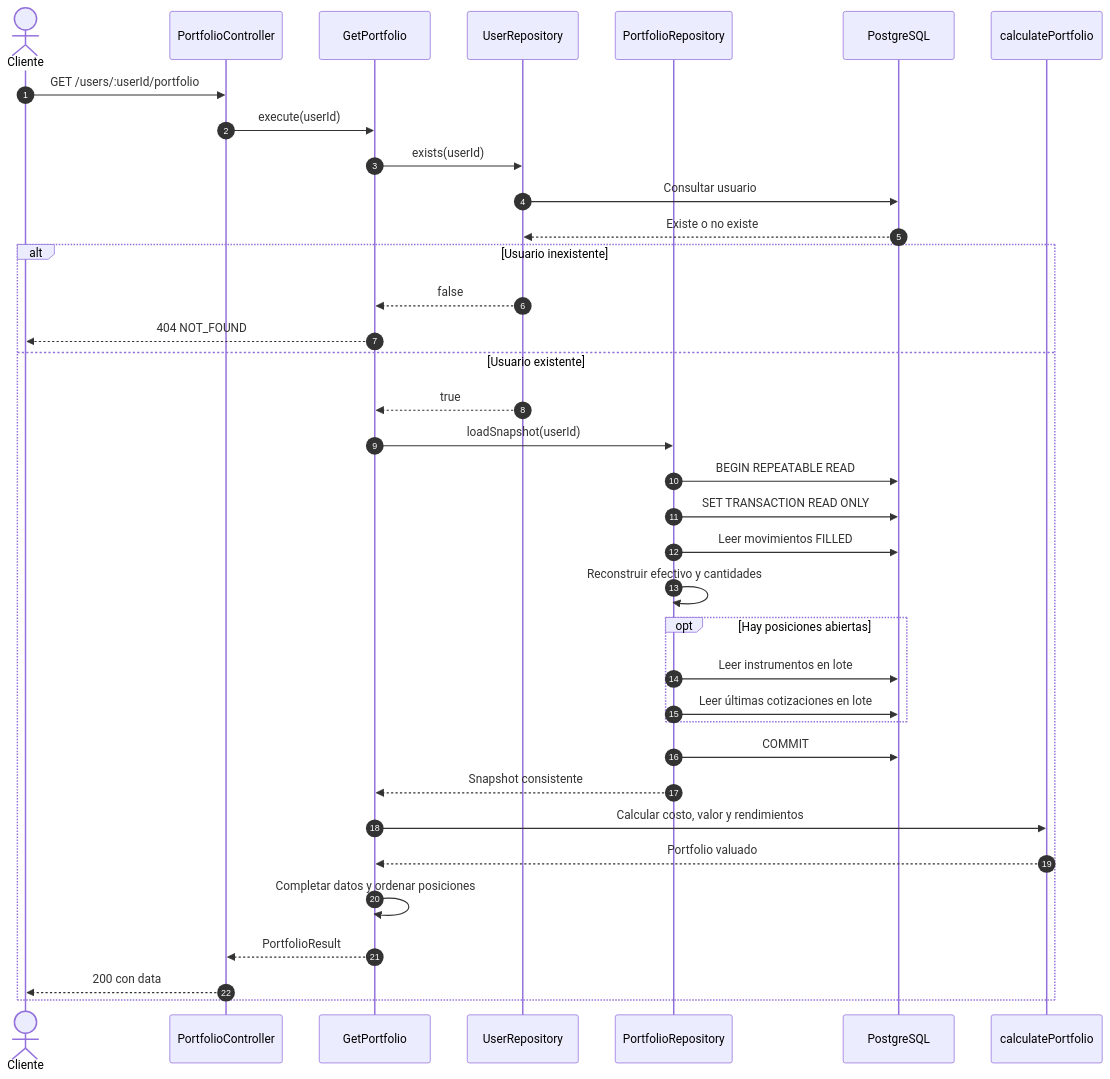
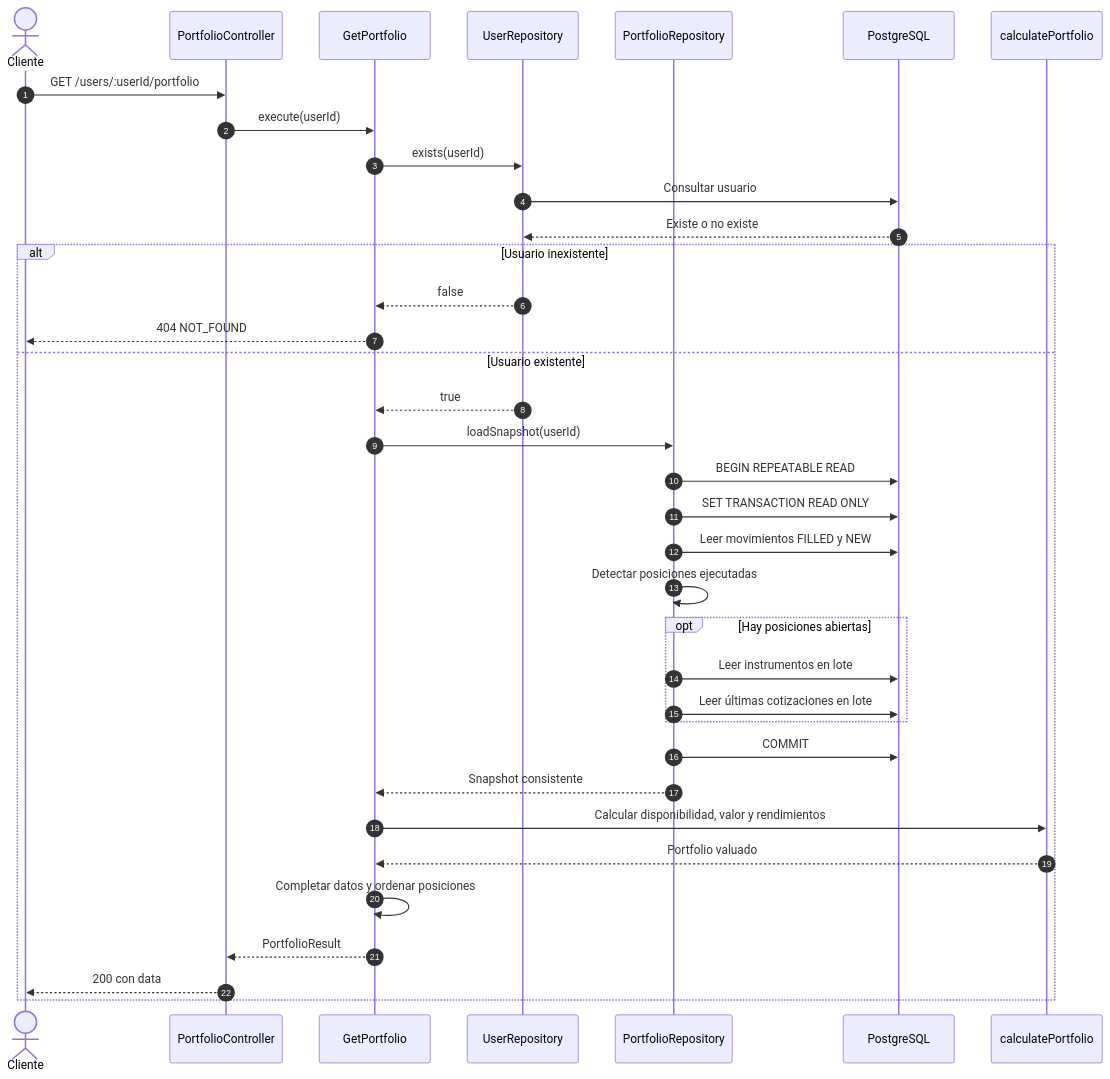
The diagram in docs/diagrams/get-portfolio-sequence.md (danyEvan/challenge-backend-cc), drawn with Mermaid before and after one commit. The commit also changed 44 other files, not shown here.

````diff
--- a/docs/diagrams/get-portfolio-sequence.md
+++ b/docs/diagrams/get-portfolio-sequence.md
@@ -5,42 +5,42 @@
 ```mermaid
 sequenceDiagram
     autonumber
     actor Client as Cliente
     participant Controller as PortfolioController
     participant UseCase as GetPortfolio
     participant Users as UserRepository
     participant Portfolio as PortfolioRepository
     participant DB as PostgreSQL
     participant Domain as calculatePortfolio
 
     Client->>Controller: GET /users/:userId/portfolio
     Controller->>UseCase: execute(userId)
     UseCase->>Users: exists(userId)
     Users->>DB: Consultar usuario
     DB-->>Users: Existe o no existe
 
     alt Usuario inexistente
         Users-->>UseCase: false
         UseCase-->>Client: 404 NOT_FOUND
     else Usuario existente
         Users-->>UseCase: true
         UseCase->>Portfolio: loadSnapshot(userId)
         Portfolio->>DB: BEGIN REPEATABLE READ
         Portfolio->>DB: SET TRANSACTION READ ONLY
-        Portfolio->>DB: Leer movimientos FILLED
-        Portfolio->>Portfolio: Reconstruir efectivo y cantidades
+        Portfolio->>DB: Leer movimientos FILLED y NEW
+        Portfolio->>Portfolio: Detectar posiciones ejecutadas
 
         opt Hay posiciones abiertas
             Portfolio->>DB: Leer instrumentos en lote
             Portfolio->>DB: Leer últimas cotizaciones en lote
         end
 
         Portfolio->>DB: COMMIT
         Portfolio-->>UseCase: Snapshot consistente
-        UseCase->>Domain: Calcular costo, valor y rendimientos
+        UseCase->>Domain: Calcular disponibilidad, valor y rendimientos
         Domain-->>UseCase: Portfolio valuado
         UseCase->>UseCase: Completar datos y ordenar posiciones
         UseCase-->>Controller: PortfolioResult
         Controller-->>Client: 200 con data
     end
 ```
````
